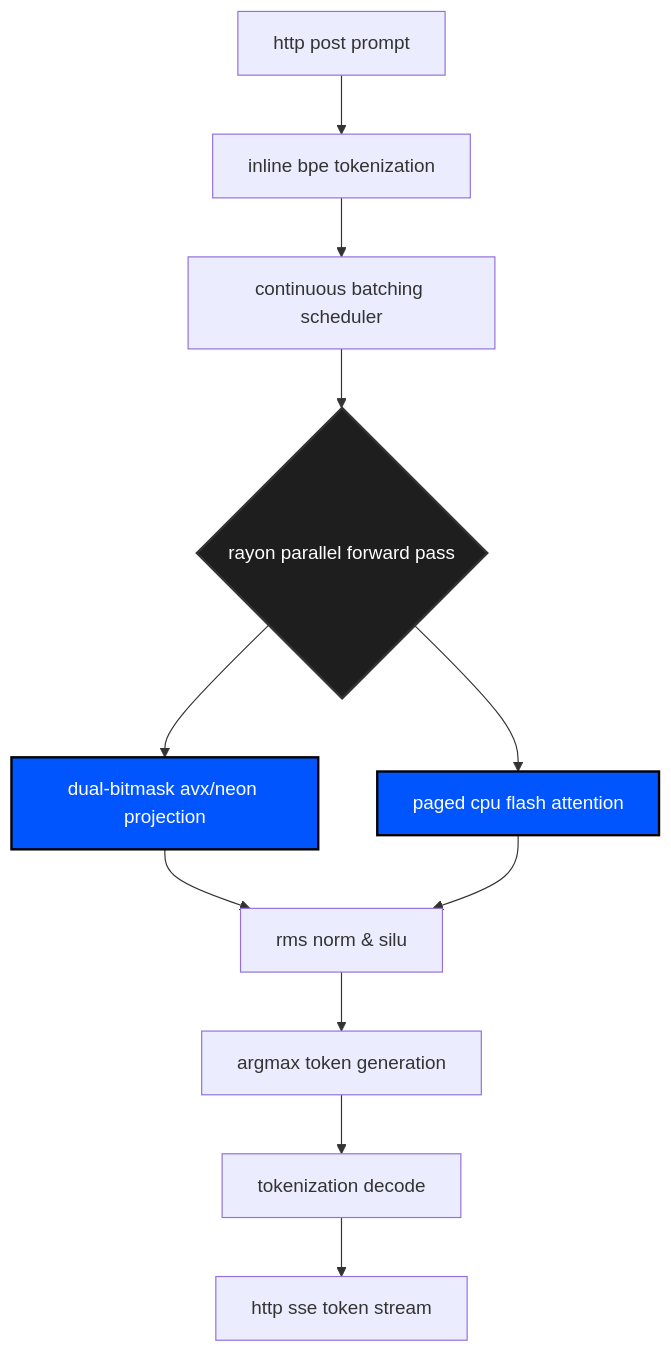
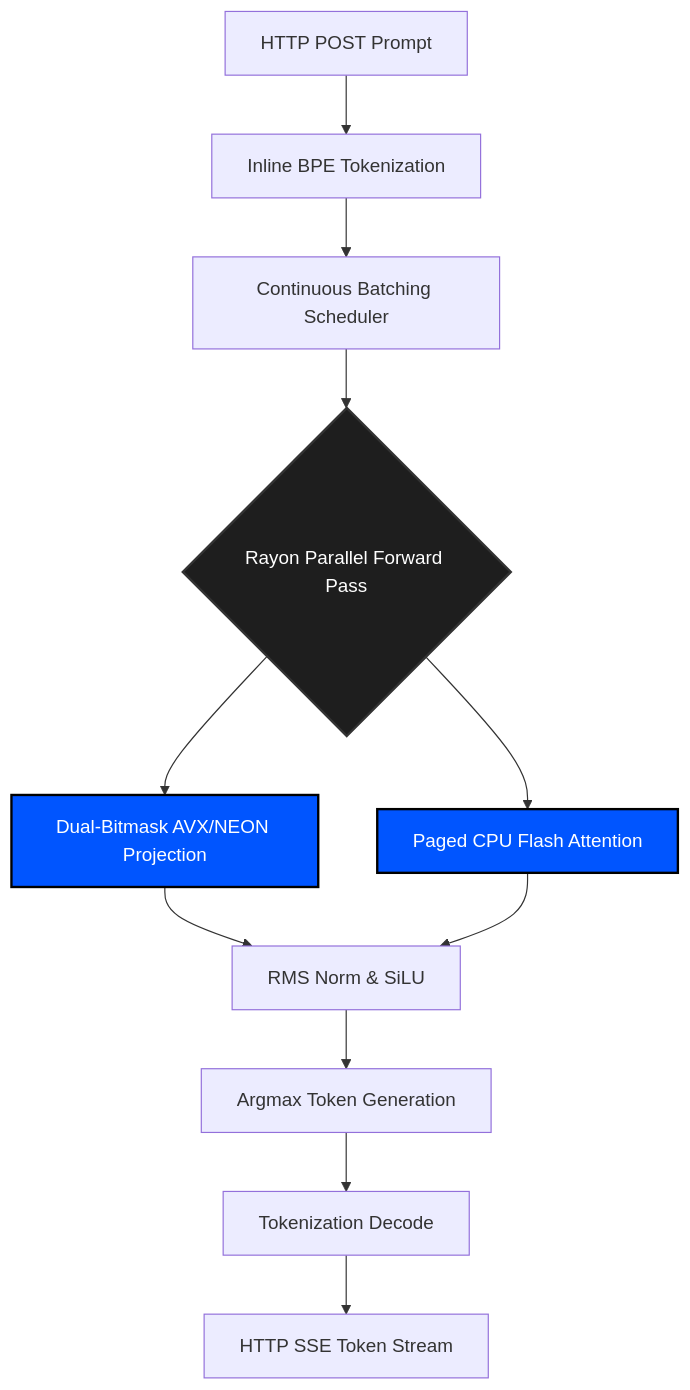
Before and after one commit to wheelerninja67/aegis-inference: the diagram in README.md, drawn with Mermaid. The commit also changed other lines of this file, not shown here.

````diff
--- a/README.md
+++ b/README.md
@@ -40,20 +34,20 @@
 ```mermaid
 graph TD;
-    A[http post prompt] --> B[inline bpe tokenization];
-    B --> C[continuous batching scheduler];
-    C --> D{rayon parallel forward pass};
+    A[HTTP POST Prompt] --> B[Inline BPE Tokenization];
+    B --> C[Continuous Batching Scheduler];
+    C --> D{Rayon Parallel Forward Pass};
     
-    D --> E[dual-bitmask avx/neon projection];
-    D --> F[paged cpu flash attention];
+    D --> E[Dual-Bitmask AVX/NEON Projection];
+    D --> F[Paged CPU Flash Attention];
     
-    E --> G[rms norm & silu];
+    E --> G[RMS Norm & SiLU];
     F --> G;
     
-    G --> H[argmax token generation];
-    H --> I[tokenization decode];
-    I --> J[http sse token stream];
+    G --> H[Argmax Token Generation];
+    H --> I[Tokenization Decode];
+    I --> J[HTTP SSE Token Stream];
     
     style D fill:#1e1e1e,stroke:#333,stroke-width:2px,color:#fff
     style E fill:#0055ff,stroke:#000,stroke-width:2px,color:#fff
     style F fill:#0055ff,stroke:#000,stroke-width:2px,color:#fff
 ```
````
